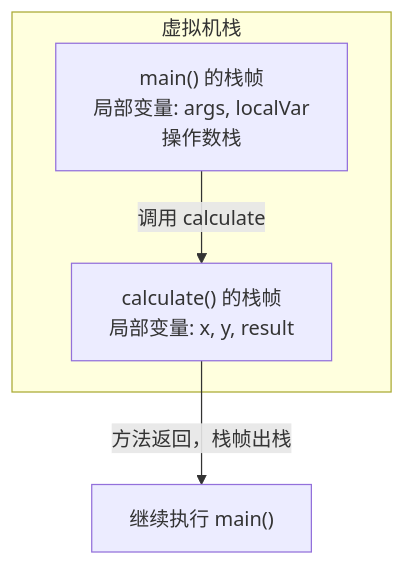
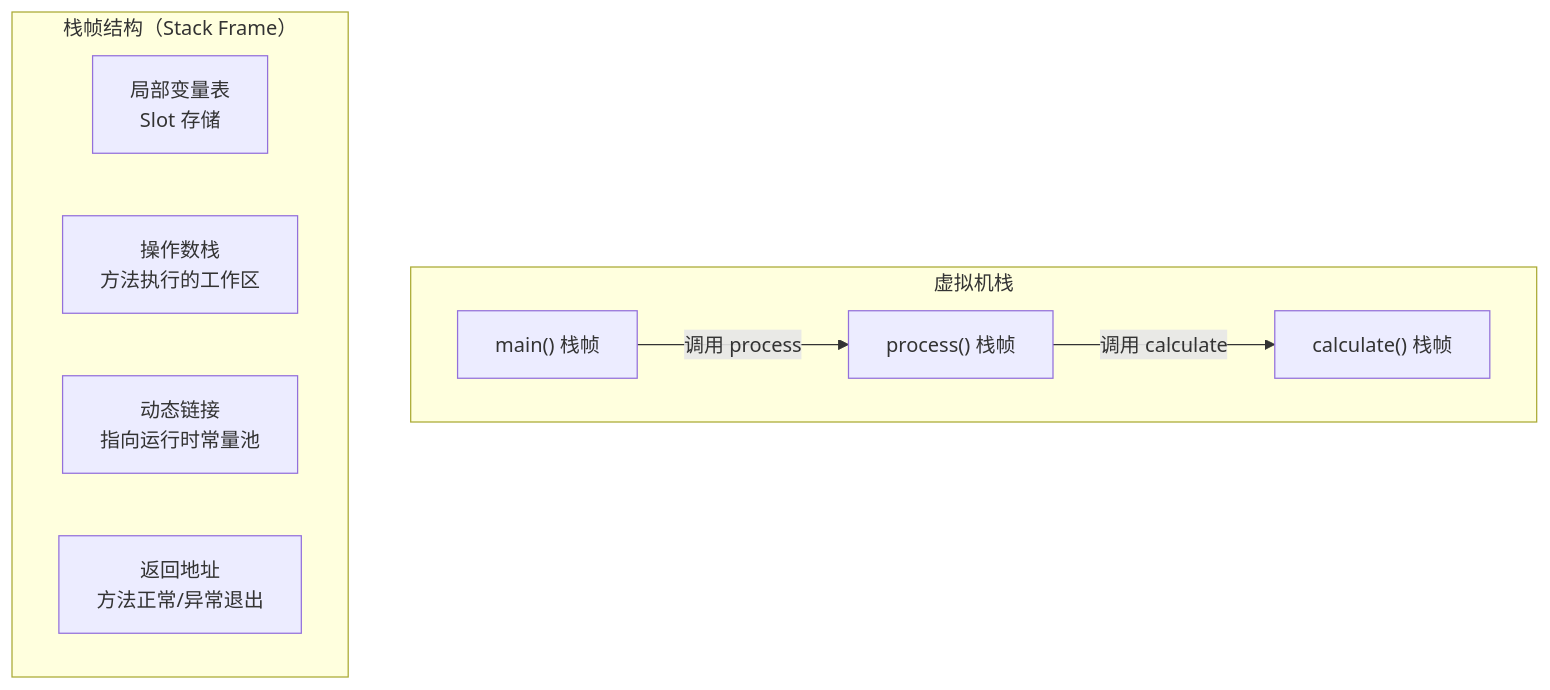
One commit to coolzhul/java-fullstack-knowledge changed the third of 11 diagrams in src/java-advanced/jvm.md. Above: the diagram before and after it, drawn with Mermaid. The commit also changed other lines of this file and 2 other files, not shown here.

````diff
--- a/src/java-advanced/jvm.md
+++ b/src/java-advanced/jvm.md
@@ -78,9 +96,17 @@
 ```mermaid
 graph TD
     subgraph "虚拟机栈"
-        F1["main() 的栈帧<br/>局部变量: args, localVar<br/>操作数栈"]
-        F2["calculate() 的栈帧<br/>局部变量: x, y, result"]
-        F1 -->|"调用 calculate"| F2
+        F1["main() 栈帧"]
+        F2["process() 栈帧"]
+        F3["calculate() 栈帧"]
+        F1 -->|"调用 process"| F2
+        F2 -->|"调用 calculate"| F3
     end
-    F2 -->|"方法返回，栈帧出栈"| END["继续执行 main()"]
+
+    subgraph "栈帧结构（Stack Frame）"
+        LV["局部变量表<br/>Slot 存储"]
+        OS["操作数栈<br/>方法执行的工作区"]
+        DL["动态链接<br/>指向运行时常量池"]
+        RA["返回地址<br/>方法正常/异常退出"]
+    end
 ```
````
